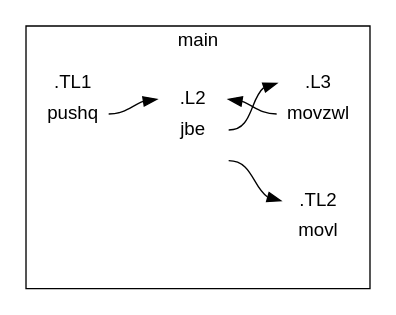
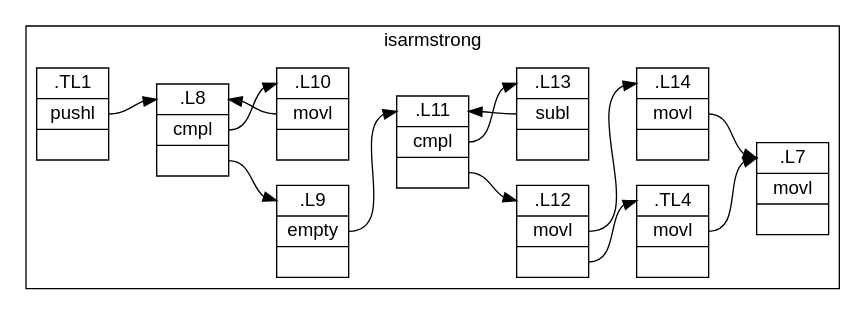
Before and after one commit to Antrea155/C-Decompiler: the diagram in dot/cfgimages.dot, drawn with Graphviz. The commit also changed 5 other files, not shown here.

```diff
--- a/dot/cfgimages.dot
+++ b/dot/cfgimages.dot
@@ -1,47 +1,94 @@
 digraph g {
 fontname="Helvetica,Arial,sans-serif"
 node [fontname="Helvetica,Arial,sans-serif"]
 edge [fontname="Helvetica,Arial,sans-serif"]
 graph [
 rankdir = "LR"
 ];
 node [
 fontsize = "14"
 shape = "ellipse"
 ];
 edge [
 ];
-subgraph "main" {
-label = "main";
-node [style=filled,color=white]
+subgraph "isarmstrong" {
+label = "isarmstrong";
 cluster=true;
 ".TL1"[
-label = "<f0>.TL1| <f1> pushq |<f2>"
+label = "<f0>.TL1| <f1> pushl |<f2>"
 shape = "record"
 ];
-".TL1":f1 -> ".L2":f0 [
+".TL1":f1 -> ".L8":f0 [
 id=1
 ];
-".L3"[
-label = "<f0>.L3| <f1> movzwl |<f2>"
+".L8"[
+label = "<f0>.L8| <f1> cmpl |<f2>"
 shape = "record"
 ];
-".L3":f1 -> ".L2":f0 [
+".L8":f1 -> ".L10":f0 [
 id=1
 ];
-".L2"[
-label = "<f0>.L2| <f1> jbe |<f2>"
+".L8":f2 -> ".L9":f0 [
+id=1
+];
+".L10"[
+label = "<f0>.L10| <f1> movl |<f2>"
 shape = "record"
 ];
-".L2":f1 -> ".L3":f0 [
+".L10":f1 -> ".L8":f0 [
 id=1
 ];
-".L2":f2 -> ".TL2":f0 [
+".L9"[
+label = "<f0>.L9| <f1> empty |<f2>"
+shape = "record"
+];
+".L9":f1 -> ".L11":f0 [
 id=1
 ];
-".TL2"[
-label = "<f0>.TL2| <f1> movl |<f2>"
+".L11"[
+label = "<f0>.L11| <f1> cmpl |<f2>"
+shape = "record"
+];
+".L11":f1 -> ".L13":f0 [
+id=1
+];
+".L11":f2 -> ".L12":f0 [
+id=1
+];
+".L13"[
+label = "<f0>.L13| <f1> subl |<f2>"
+shape = "record"
+];
+".L13":f1 -> ".L11":f0 [
+id=1
+];
+".L12"[
+label = "<f0>.L12| <f1> movl |<f2>"
+shape = "record"
+];
+".L12":f1 -> ".L14":f0 [
+id=1
+];
+".L12":f2 -> ".TL4":f0 [
+id=1
+];
+".TL4"[
+label = "<f0>.TL4| <f1> movl |<f2>"
+shape = "record"
+];
+".TL4":f1 -> ".L7":f0 [
+id=1
+];
+".L14"[
+label = "<f0>.L14| <f1> movl |<f2>"
+shape = "record"
+];
+".L14":f1 -> ".L7":f0 [
+id=1
+];
+".L7"[
+label = "<f0>.L7| <f1> movl |<f2>"
 shape = "record"
 ];
 }
 }
```
